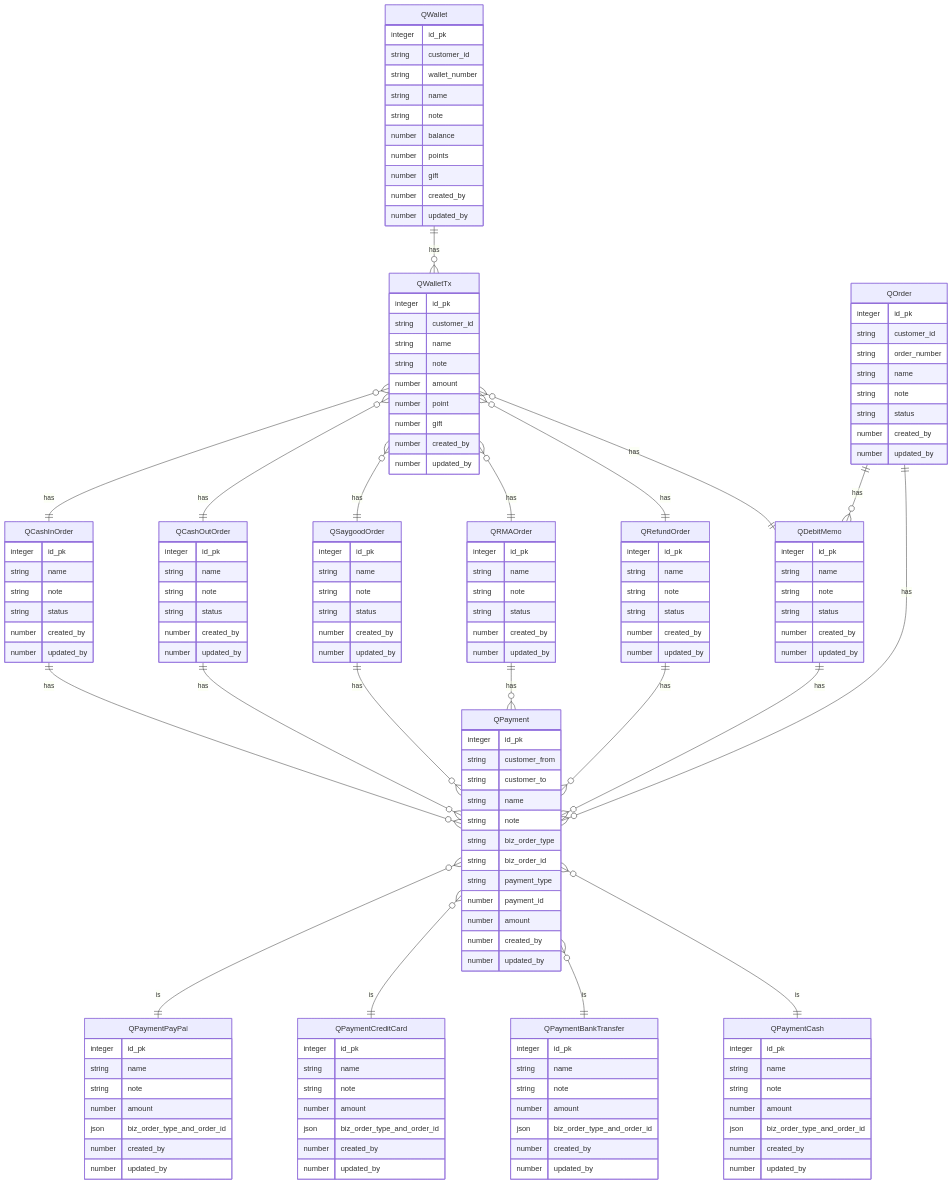
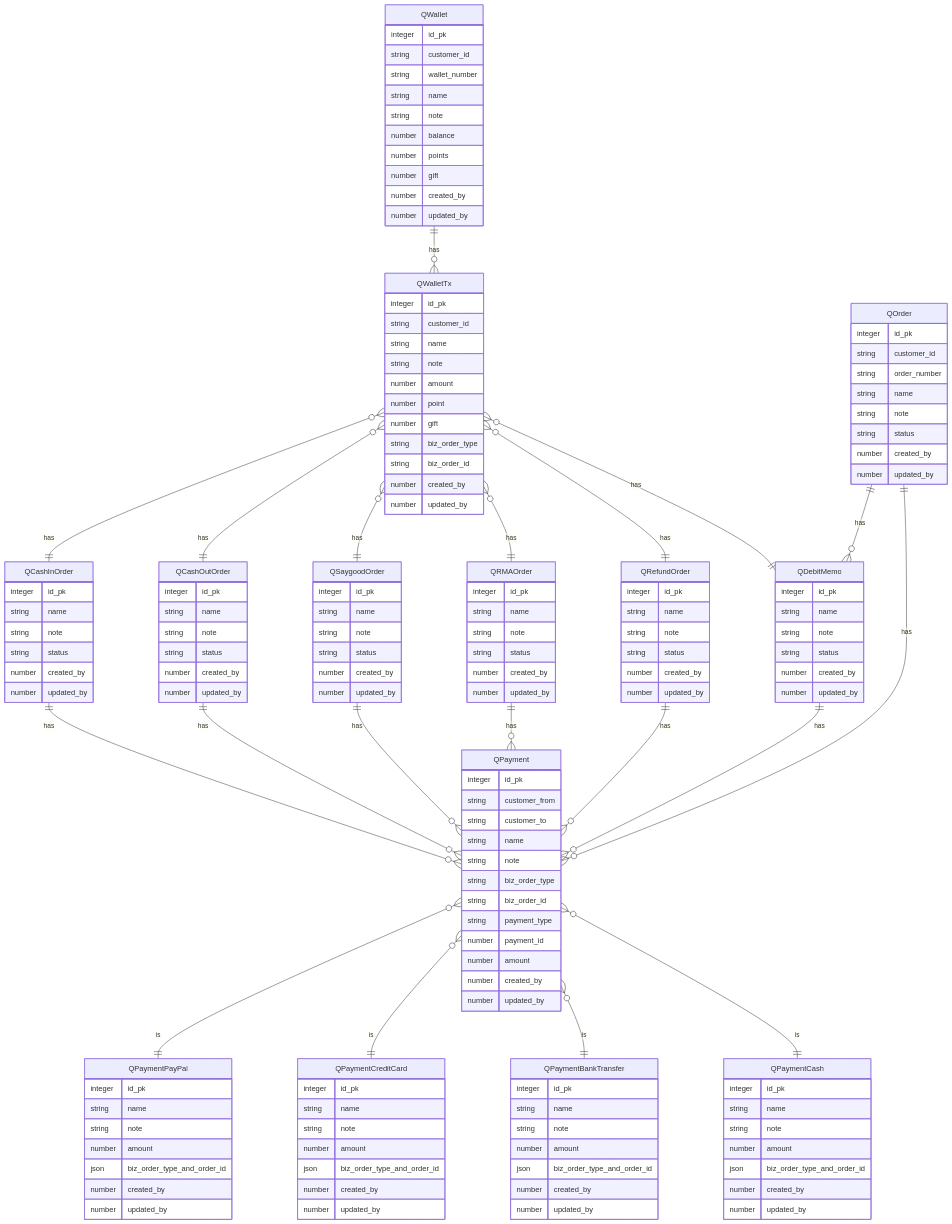
The second of 2 diagrams in document/README.md (moreadgroup/moread-cloud-data), drawn with Mermaid before and after one commit. The commit also changed other lines of this file and 19 other files, not shown here.

Commit message:
QuickOrder ER Diagram

```diff
--- a/document/README.md
+++ b/document/README.md
@@ -255,6 +255,9 @@
         number amount
         number point
         number gift
+
+        string biz_order_type
+        string biz_order_id
         number created_by
         number updated_by
     } 
```
